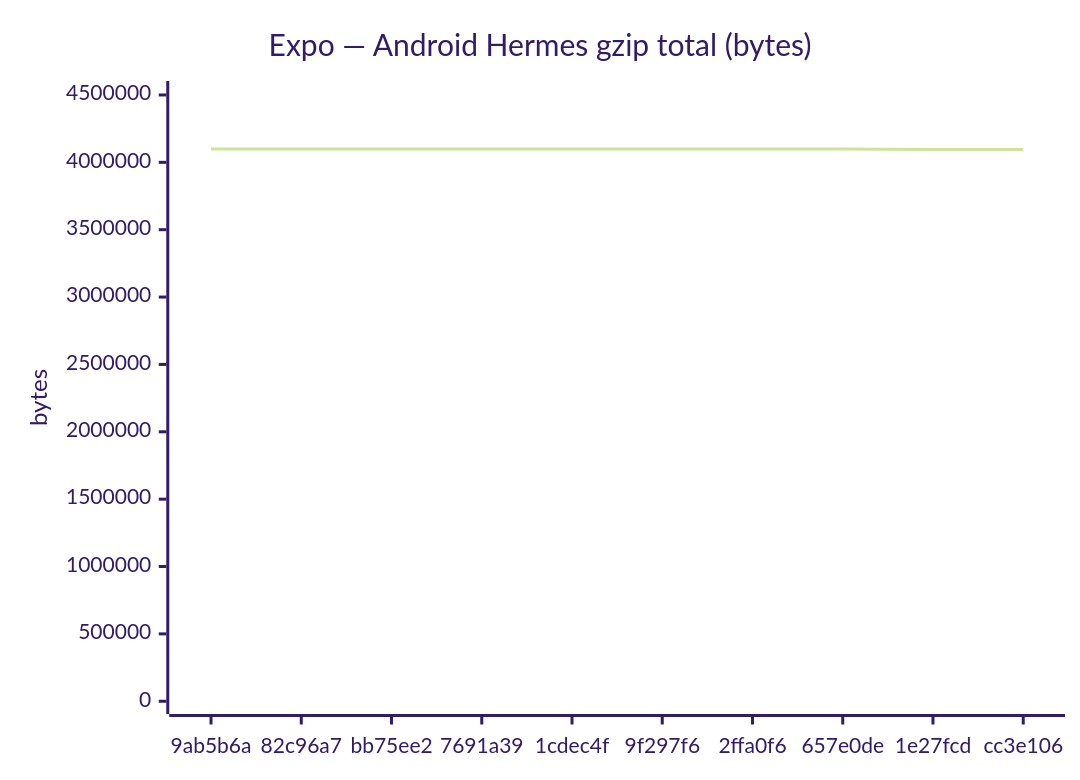
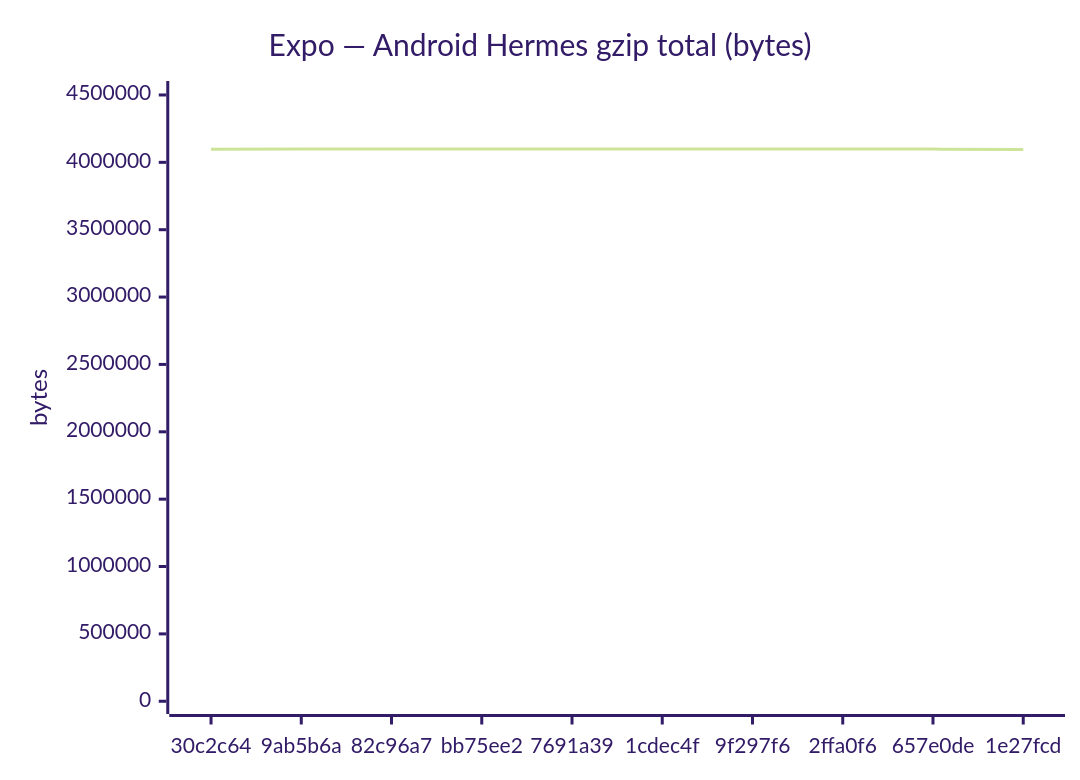
One commit to Metaheurist/Rianell changed the fifth of 18 diagrams in benchmarks/compare.md. Above: the diagram before and after it, drawn with Mermaid (forest theme). The commit also changed other lines of this file and 11 other files, not shown here.

````diff
--- a/benchmarks/compare.md
+++ b/benchmarks/compare.md
@@ -89,7 +89,7 @@
 ```mermaid
 xychart-beta
     title "Expo — Android Hermes gzip total (bytes)"
-    x-axis ["9ab5b6a", "82c96a7", "bb75ee2", "7691a39", "1cdec4f", "9f297f6", "2ffa0f6", "657e0de", "1e27fcd", "cc3e106"]
+    x-axis ["30c2c64", "9ab5b6a", "82c96a7", "bb75ee2", "7691a39", "1cdec4f", "9f297f6", "2ffa0f6", "657e0de", "1e27fcd"]
     y-axis "bytes" 0 --> 4509037
-    line [4098155, 4098085, 4098255, 4098083, 4099120, 4099121, 4099124, 4098083, 4094465, 4094465]
+    line [4098021, 4098155, 4098085, 4098255, 4098083, 4099120, 4099121, 4099124, 4098083, 4094465]
 ```
````
